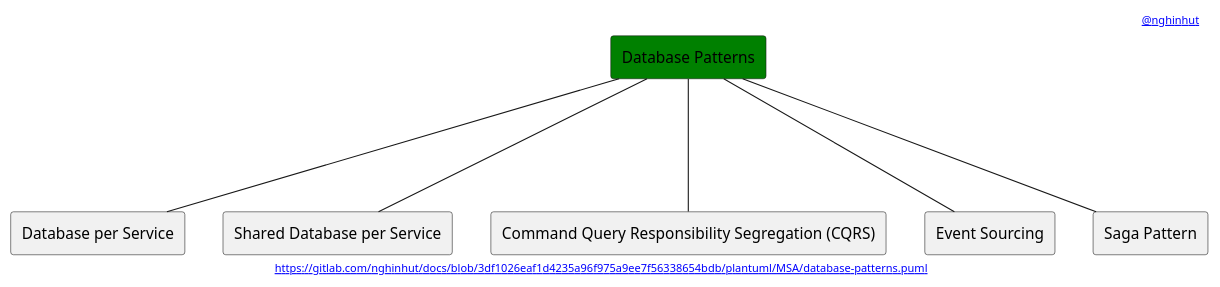
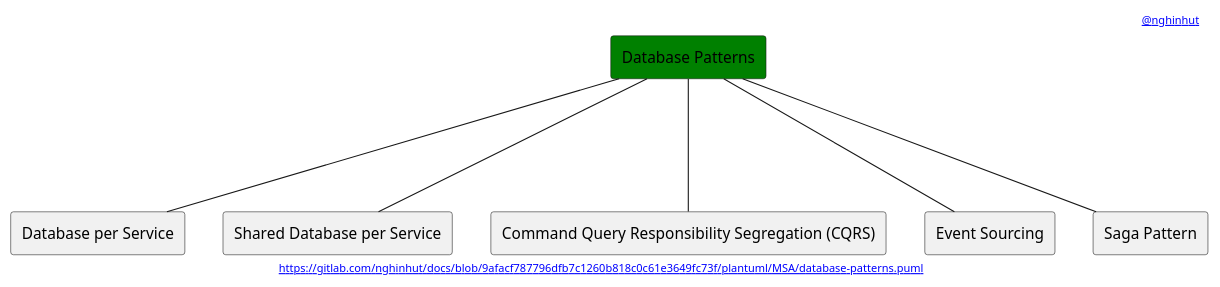
Before and after one commit to nghinhut/docs: the diagram in plantuml/MSA/database-patterns.puml, drawn with PlantUML. The commit also changed 24 other files, not shown here.

Commit message:
docs(plantuml): update headers

```diff
--- a/plantuml/MSA/database-patterns.puml
+++ b/plantuml/MSA/database-patterns.puml
@@ -1,20 +1,20 @@
 @startuml
 '-----START auto generated metadata please keep comment here to allow auto update-----
 '-----DON'T EDIT THIS SECTION, INSTEAD RE-RUN prebuild.sh TO UPDATE-----
-header [[https://www.nghinhut.dev?from=http%5C%3A%5C%2F%5C%2Fwww%5C.plantuml%5C.com%5C%2Fplantuml%5C%2Fproxy%3Ffmt%3Dsvg%5C%26src%3Dhttps%5C%3A%5C%2F%5C%2Fgitlab%5C.com%5C%2Fnghinhut%5C%2Fdocs%5C%2Fraw%5C%2F3df1026eaf1d4235a96f975a9ee7f56338654bdb%5C%2Fplantuml%5C%2FMSA%5C%2Fdatabase-patterns%5C.puml%0A @nghinhut]]
-footer [[http://www.plantuml.com/plantuml/proxy?fmt=svg&src=https://gitlab.com/nghinhut/docs/raw/3df1026eaf1d4235a96f975a9ee7f56338654bdb/plantuml/MSA/database-patterns.puml https://gitlab.com/nghinhut/docs/blob/3df1026eaf1d4235a96f975a9ee7f56338654bdb/plantuml/MSA/database-patterns.puml]]
+header [[https://www.nghinhut.dev?from=http%5C%3A%5C%2F%5C%2Fwww%5C.plantuml%5C.com%5C%2Fplantuml%5C%2Fproxy%3Ffmt%3Dsvg%5C%26src%3Dhttps%5C%3A%5C%2F%5C%2Fgitlab%5C.com%5C%2Fnghinhut%5C%2Fdocs%5C%2Fraw%5C%2F9afacf787796dfb7c1260b818c0c61e3649fc73f%5C%2Fplantuml%5C%2FMSA%5C%2Fdatabase-patterns%5C.puml%0A @nghinhut]]
+footer [[http://www.plantuml.com/plantuml/proxy?fmt=svg&src=https://gitlab.com/nghinhut/docs/raw/9afacf787796dfb7c1260b818c0c61e3649fc73f/plantuml/MSA/database-patterns.puml https://gitlab.com/nghinhut/docs/blob/9afacf787796dfb7c1260b818c0c61e3649fc73f/plantuml/MSA/database-patterns.puml]]
 '-----END auto generated metadata please keep comment here to allow auto update-----
 
 rectangle "Database Patterns" as Database #green
 
 rectangle "Database per Service" as DatabaseP1
 rectangle "Shared Database per Service" as DatabaseP2
 rectangle "Command Query Responsibility Segregation (CQRS)" as DatabaseP3
 rectangle "Event Sourcing" as DatabaseP4
 rectangle "Saga Pattern" as DatabaseP5
 Database --- DatabaseP1
 Database --- DatabaseP2
 Database --- DatabaseP3
 Database --- DatabaseP4
 Database --- DatabaseP5
 @enduml
```
